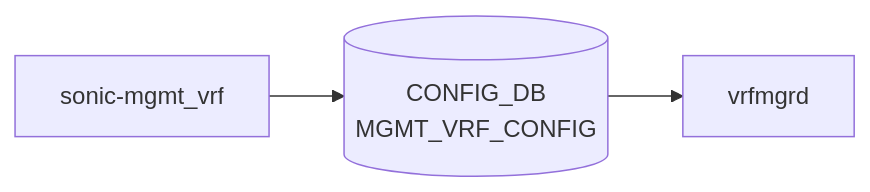
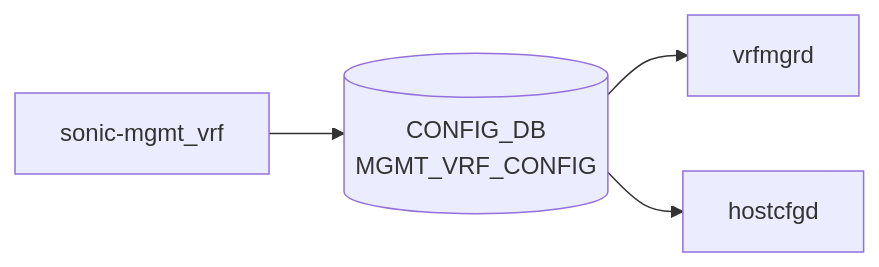
The diagram in docs/reference/yang/sonic-mgmt_vrf.md (aoki-taquan/sonic-unofficial-docs), drawn with Mermaid before and after one commit. The commit also changed 19 other files, not shown here.

````diff
--- a/docs/reference/yang/sonic-mgmt_vrf.md
+++ b/docs/reference/yang/sonic-mgmt_vrf.md
@@ -32,8 +32,10 @@
 ```mermaid
 flowchart LR
   Y["sonic-mgmt_vrf"]
   C1[("CONFIG_DB<br/>MGMT_VRF_CONFIG")]
   Y --> C1
   D1["vrfmgrd"]
   C1 --> D1
+  D2["hostcfgd"]
+  C1 --> D2
 ```
````
